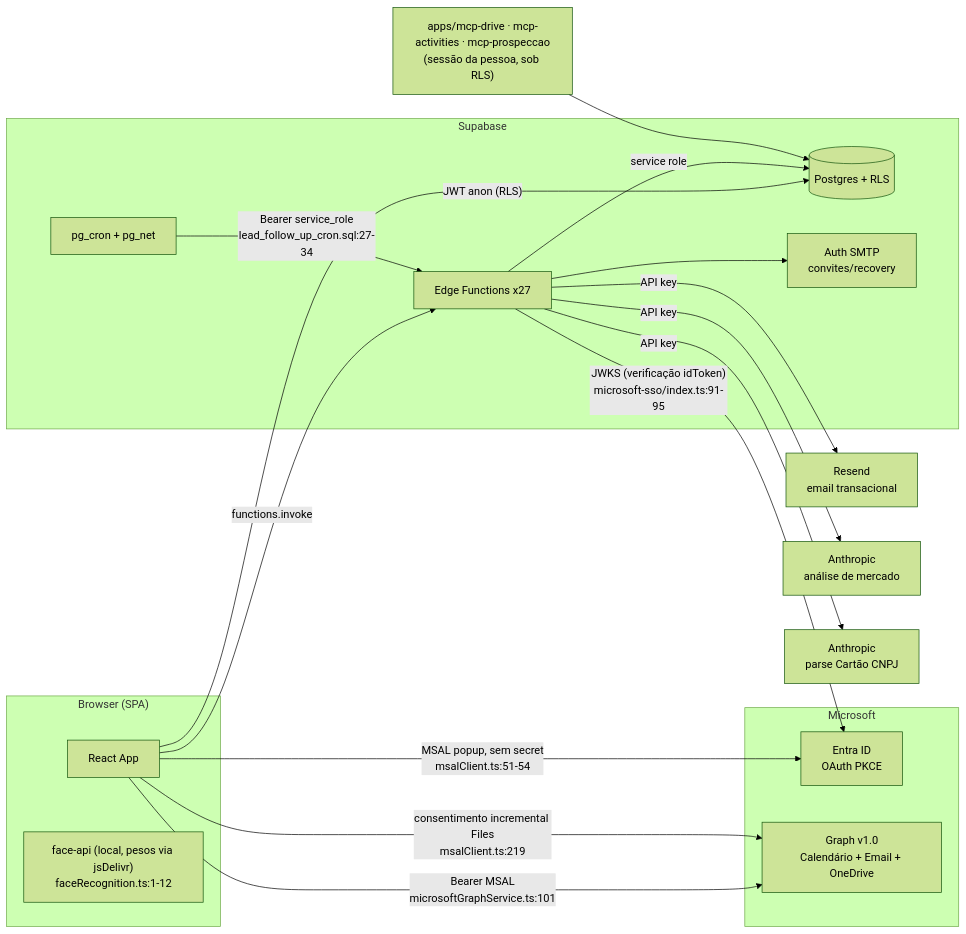
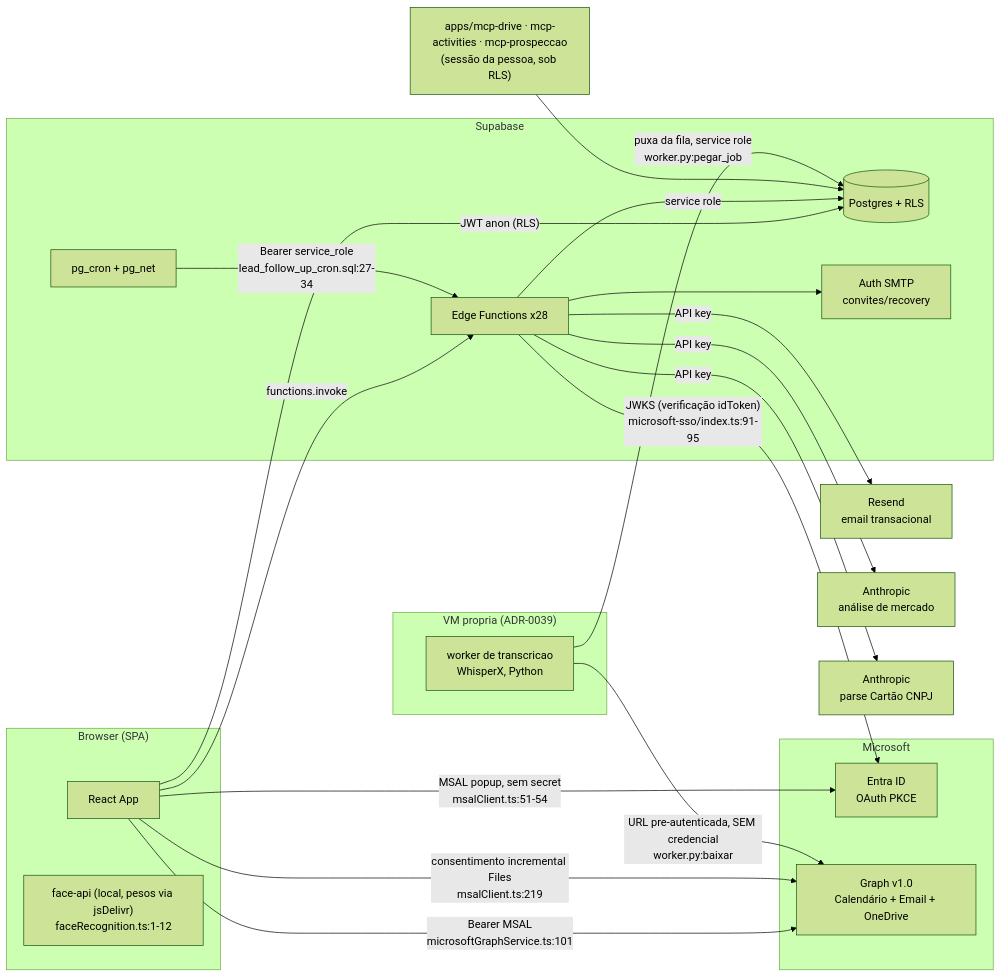
The diagram in .harness/docs/architecture/integrations.md (Origami-Lab-Organization/og-pulse), drawn with Mermaid (forest theme) before and after one commit. The commit also changed other lines of this file and 11 other files, not shown here.

````diff
--- a/.harness/docs/architecture/integrations.md
+++ b/.harness/docs/architecture/integrations.md
@@ -25,37 +27,43 @@
 ```mermaid
 flowchart LR
     subgraph Browser["Browser (SPA)"]
         SPA[React App]
         FACE["face-api (local, pesos via jsDelivr)<br/>faceRecognition.ts:1-12"]
     end
 
     subgraph Supabase
         REST[(Postgres + RLS)]
-        EF[Edge Functions x27]
+        EF[Edge Functions x28]
         CRON[pg_cron + pg_net]
         SMTP[Auth SMTP<br/>convites/recovery]
     end
 
     subgraph Microsoft
         ENTRA[Entra ID<br/>OAuth PKCE]
         GRAPH[Graph v1.0<br/>Calendário + Email + OneDrive]
+    end
+
+    subgraph VM["VM propria (ADR-0039)"]
+        WRK["worker de transcricao<br/>WhisperX, Python"]
     end
 
     EXT1[Resend<br/>email transacional]
     EXT2[Anthropic<br/>análise de mercado]
     EXT3[Anthropic<br/>parse Cartão CNPJ]
 
     SPA -->|"JWT anon (RLS)"| REST
     SPA -->|functions.invoke| EF
     SPA -->|"MSAL popup, sem secret<br/>msalClient.ts:51-54"| ENTRA
     SPA -->|"Bearer MSAL<br/>microsoftGraphService.ts:101"| GRAPH
     SPA -->|"consentimento incremental Files<br/>msalClient.ts:219"| GRAPH
     CRON -->|"Bearer service_role<br/>lead_follow_up_cron.sql:27-34"| EF
     EF -->|service role| REST
     EF -->|"JWKS (verificação idToken)<br/>microsoft-sso/index.ts:91-95"| ENTRA
     EF -->|API key| EXT1
     EF -->|API key| EXT2
     EF -->|API key| EXT3
     EF --> SMTP
     MCP["apps/mcp-drive · mcp-activities · mcp-prospeccao<br/>(sessão da pessoa, sob RLS)"] --> REST
+    WRK -->|"puxa da fila, service role<br/>worker.py:pegar_job"| REST
+    WRK -->|"URL pre-autenticada, SEM credencial<br/>worker.py:baixar"| GRAPH
 ```
````
